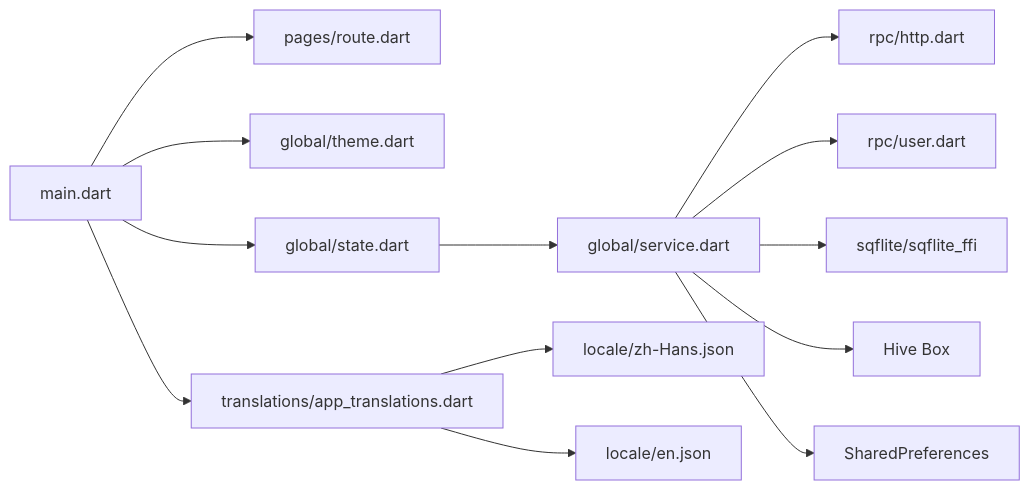
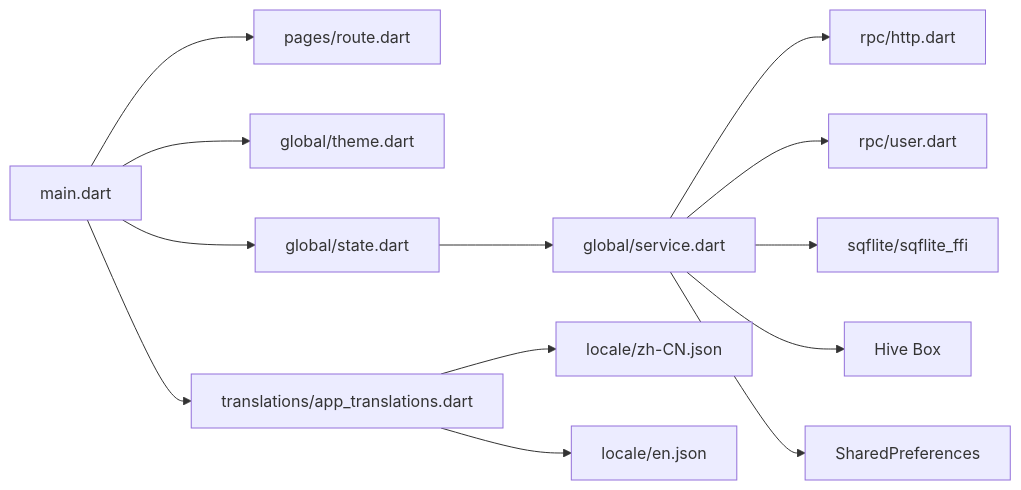
The tenth of 10 diagrams in .qoder/repowiki/zh/content/前端应用/Flutter 移动端应用/Flutter 移动端应用.md (liov/hoper), drawn with Mermaid before and after one commit. The commit also changed other lines of this file and 49 other files, not shown here.

````diff
--- a/.qoder/repowiki/zh/content/前端应用/Flutter 移动端应用/Flutter 移动端应用.md
+++ b/.qoder/repowiki/zh/content/前端应用/Flutter 移动端应用/Flutter 移动端应用.md
@@ -372,15 +372,15 @@
 ```mermaid
 graph LR
 Main["main.dart"] --> Routes["pages/route.dart"]
 Main --> Theme["global/theme.dart"]
 Main --> Intl["translations/app_translations.dart"]
 Main --> State["global/state.dart"]
 State --> Service["global/service.dart"]
 Service --> RPC_HTTP["rpc/http.dart"]
 Service --> RPC_GRPC["rpc/user.dart"]
 Service --> DB["sqflite/sqflite_ffi"]
 Service --> Box["Hive Box"]
 Service --> SP["SharedPreferences"]
-Intl --> ZH["locale/zh-Hans.json"]
+Intl --> ZH["locale/zh-CN.json"]
 Intl --> EN["locale/en.json"]
 ```
````
